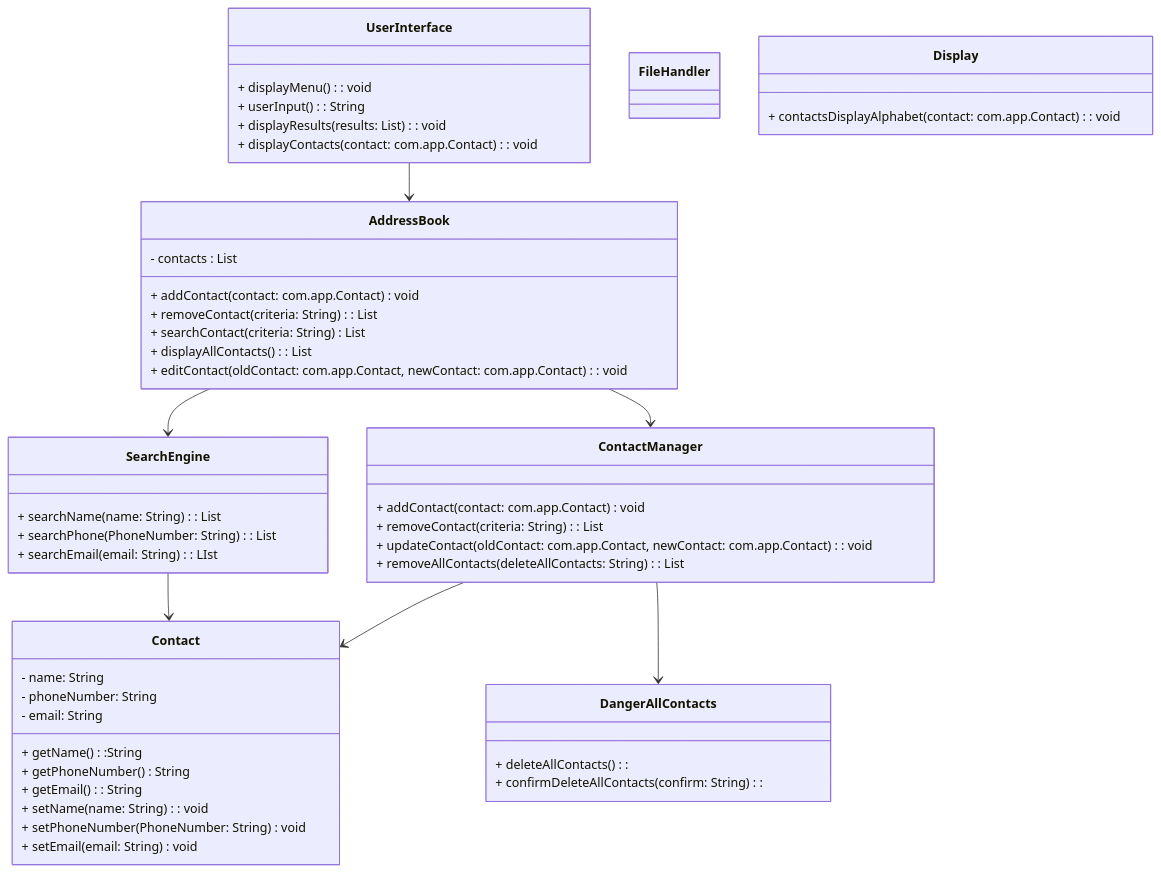
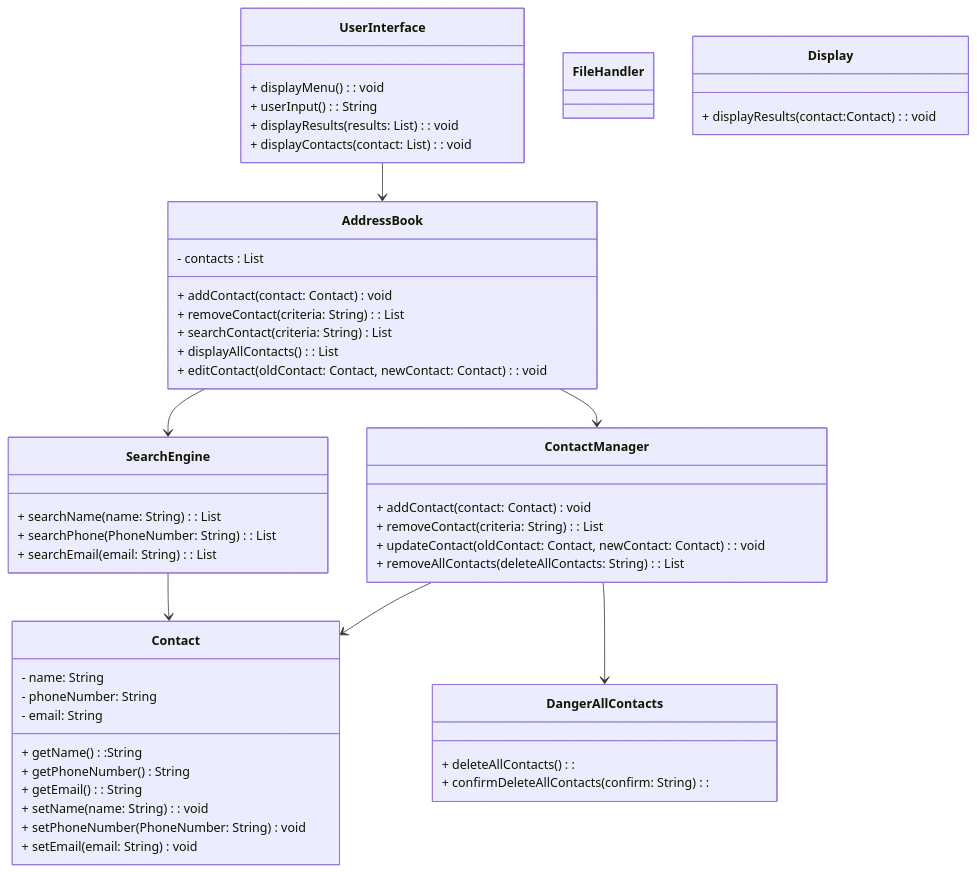
The diagram in docs/class diagram.mermaid (VSeaman8/DF-Challenge-3-Address-book), drawn with Mermaid before and after one commit. The commit also changed 2 other files, not shown here.

```diff
--- a/docs/class diagram.mermaid
+++ b/docs/class diagram.mermaid
@@ -1,63 +1,63 @@
 classDiagram
 
     class AddressBook{
-        - contacts : List<com.app.Contact>
-        + addContact(contact: com.app.Contact) void
-        + removeContact(criteria: String): List<com.app.Contact>
-        + searchContact(criteria: String) List<com.app.Contact>
-        + displayAllContacts(): List<com.app.Contact>
-        + editContact(oldContact: com.app.Contact, newContact: com.app.Contact): void
+        - contacts : List<Contact>
+        + addContact(contact: Contact) void
+        + removeContact(criteria: String): List<Contact>
+        + searchContact(criteria: String) List<cContact>
+        + displayAllContacts(): List<cContact>
+        + editContact(oldContact: Contact, newContact: Contact): void
     }
 
     class Contact{
         - name: String
         - phoneNumber: String
         - email: String
         + getName():String
         + getPhoneNumber() String
         + getEmail(): String
         + setName(name: String): void
         + setPhoneNumber(PhoneNumber: String) void
         + setEmail(email: String) void
     }
 
     class ContactManager {
-        + addContact(contact: com.app.Contact) void
-        + removeContact(criteria: String): List<com.app.Contact>
-        + updateContact(oldContact: com.app.Contact, newContact: com.app.Contact): void
-        + removeAllContacts(deleteAllContacts: String): List<com.app.Contact>
+        + addContact(contact: Contact) void
+        + removeContact(criteria: String): List<cContact>
+        + updateContact(oldContact: Contact, newContact: Contact): void
+        + removeAllContacts(deleteAllContacts: String): List<cContact>
 
     }
 
     class SearchEngine {
-        + searchName(name: String): List<com.app.Contact>
-        + searchPhone(PhoneNumber: String): List<com.app.Contact>
-        + searchEmail(email: String): LIst<com.app.Contact>
+        + searchName(name: String): List<cContact>
+        + searchPhone(PhoneNumber: String): List<cContact>
+        + searchEmail(email: String): List<cContact>
 
     }
 
     class UserInterface {
     + displayMenu(): void
     + userInput(): String
-    + displayResults(results: List<com.app.Contact>): void
-    + displayContacts(contact: com.app.Contact): void
+    + displayResults(results: List<cContact>): void
+    + displayContacts(contact: List<cContact>): void
     }
 
     class FileHandler {
 
     }
 
     class Display {
-        + contactsDisplayAlphabet(contact: com.app.Contact): void
+        + displayResults(contact:Contact): void
     }
     class DangerAllContacts {
         + deleteAllContacts():
         + confirmDeleteAllContacts(confirm: String):
     }
 
 UserInterface --> AddressBook
 AddressBook  --> ContactManager
 AddressBook --> SearchEngine
 ContactManager --> Contact
 ContactManager --> DangerAllContacts
 SearchEngine --> Contact
```
